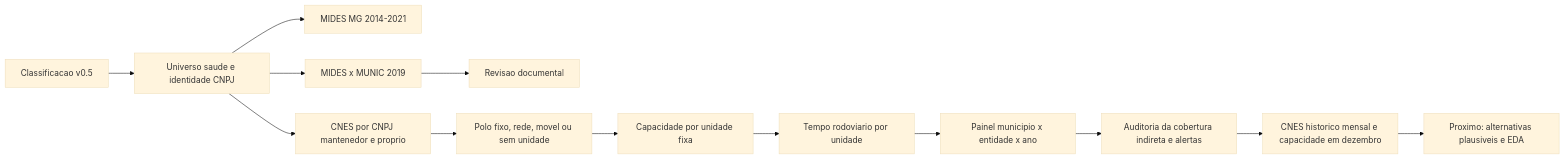
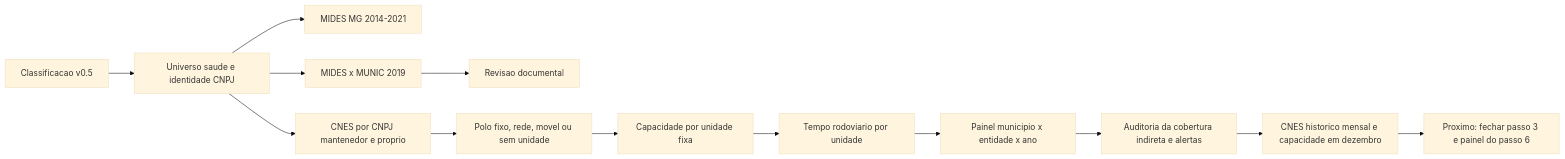
Before and after one commit to driano1221/consorcios-mg-dados-territorio: the diagram in analises/modelo_gravitacional_saude/README.md, drawn with Mermaid (base theme). The commit also changed other lines of this file and 15 other files, not shown here.

````diff
--- a/analises/modelo_gravitacional_saude/README.md
+++ b/analises/modelo_gravitacional_saude/README.md
@@ -57,15 +65,15 @@
 ```mermaid
 flowchart LR
   A[Classificacao v0.5] --> B[Universo saude e identidade CNPJ]
   B --> C[MIDES MG 2014-2021]
   B --> D[MIDES x MUNIC 2019]
   D --> E[Revisao documental]
   B --> F[CNES por CNPJ mantenedor e proprio]
   F --> G[Polo fixo, rede, movel ou sem unidade]
   G --> H[Capacidade por unidade fixa]
   H --> I[Tempo rodoviario por unidade]
   I --> J[Painel municipio x entidade x ano]
   J --> K[Auditoria da cobertura indireta e alertas]
   K --> M[CNES historico mensal e capacidade em dezembro]
-  M --> L[Proximo: alternativas plausiveis e EDA]
+  M --> L[Proximo: fechar passo 3 e painel do passo 6]
 ```
````
